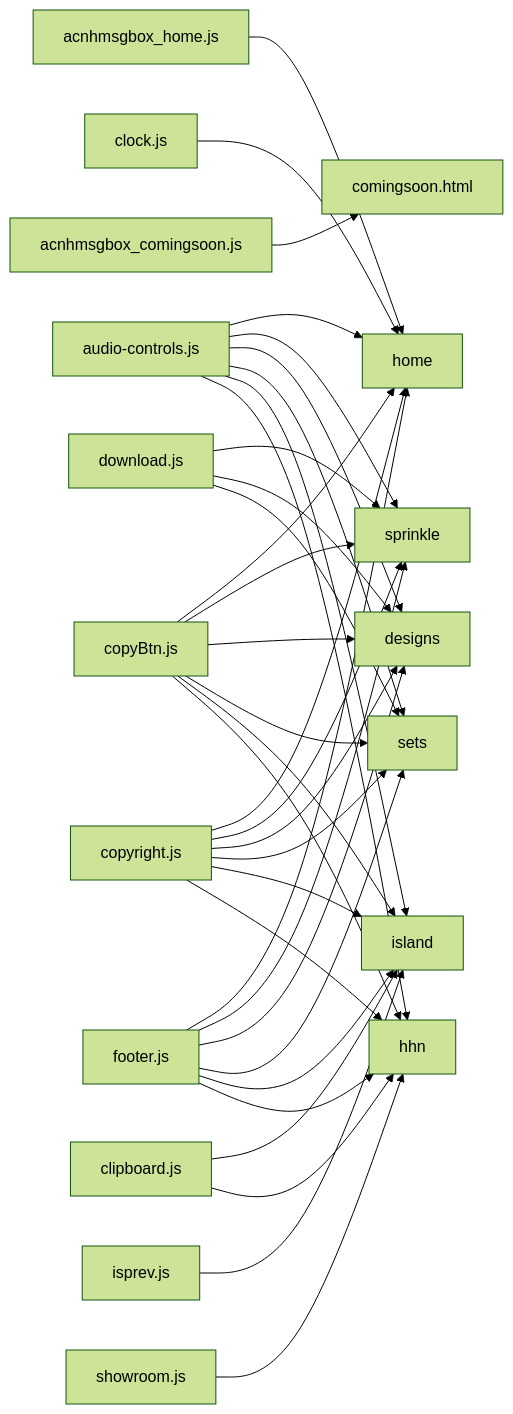
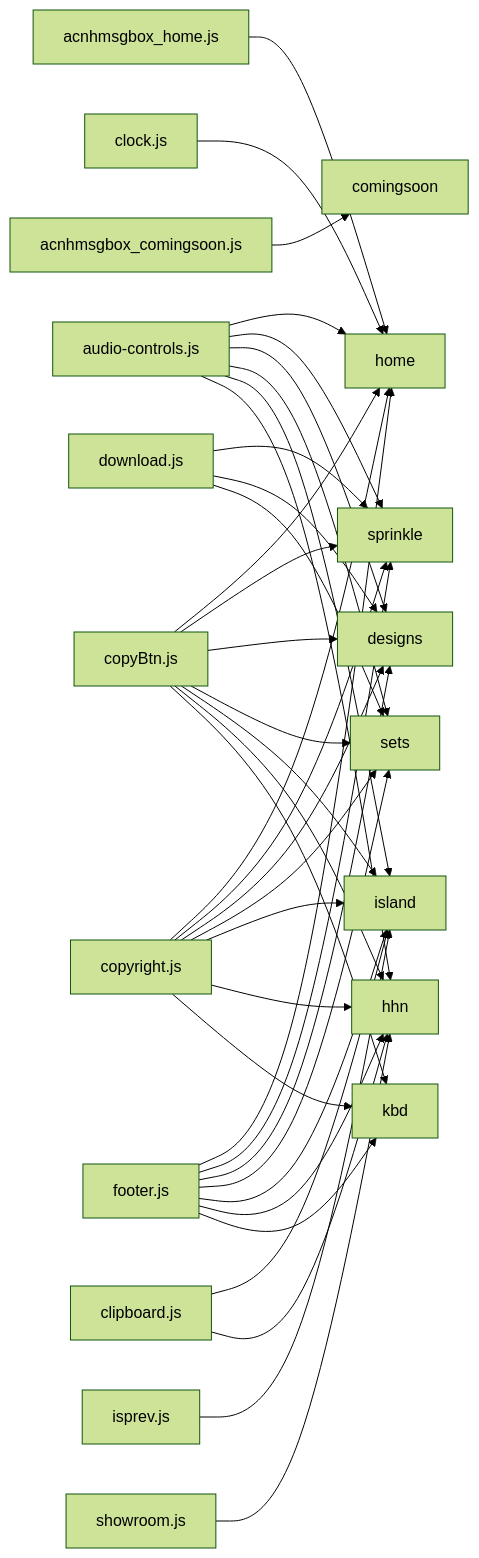
One commit to Reper2/acnh changed the second of 2 diagrams in README.md. Above: the diagram before and after it, drawn with Mermaid (forest theme). The commit also changed other lines of this file and 62 other files, not shown here.

````diff
--- a/README.md
+++ b/README.md
@@ -116,46 +136,49 @@
 ```mermaid
 graph LR;
     acnhmsgbox_home.js-->home;
-    acnhmsgbox_comingsoon.js-->comingsoon.html;
+    acnhmsgbox_comingsoon.js-->comingsoon;
 
     audio-controls.js-->home;
     audio-controls.js-->sprinkle;
     audio-controls.js-->designs;
     audio-controls.js-->sets;
     audio-controls.js-->island;
     audio-controls.js-->hhn;
 
     clipboard.js-->island;
     clipboard.js-->hhn;
 
     clock.js-->home;
 
     copyBtn.js-->home;
     copyBtn.js-->sprinkle;
     copyBtn.js-->designs;
     copyBtn.js-->sets;
     copyBtn.js-->island;
     copyBtn.js-->hhn;
+    copyBtn.js-->kbd;
 
     copyright.js-->home;
     copyright.js-->sprinkle;
     copyright.js-->designs;
     copyright.js-->sets;
     copyright.js-->island;
     copyright.js-->hhn;
+    copyright.js-->kbd;
 
     download.js-->sprinkle;
     download.js-->designs;
     download.js-->sets;
 
     footer.js-->home;
     footer.js-->sprinkle;
     footer.js-->designs;
     footer.js-->sets;
     footer.js-->island;
     footer.js-->hhn;
+    footer.js-->kbd;
 
     isprev.js-->island;
 
     showroom.js-->hhn;
 ```
````
